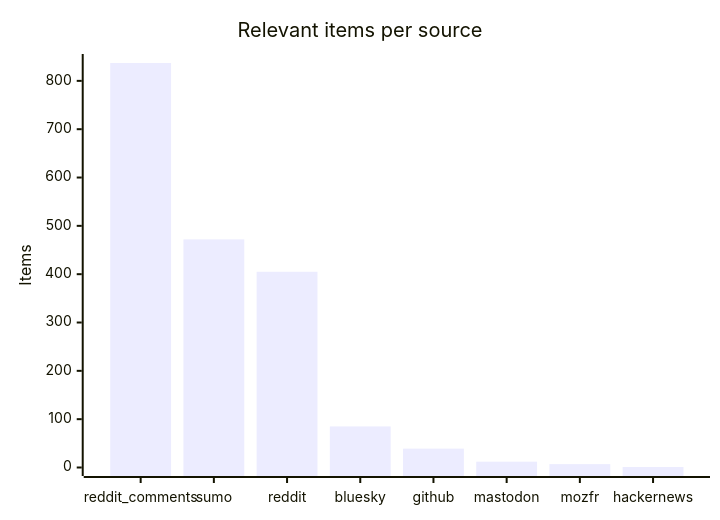
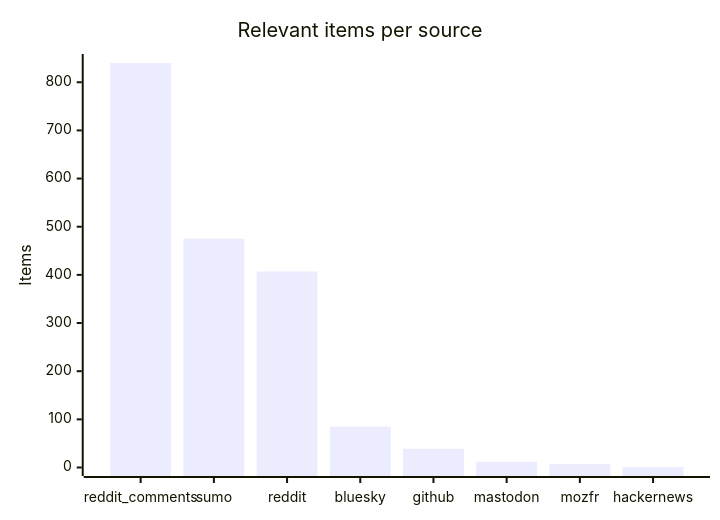
The third of 4 diagrams in README.md (martinbalfanz/social-scanner-reports), drawn with Mermaid before and after one commit. The commit also changed other lines of this file and 4 other files, not shown here.

````diff
--- a/README.md
+++ b/README.md
@@ -48,7 +48,7 @@
 ```mermaid
 xychart-beta
     title "Relevant items per source"
     x-axis ["reddit_comments", "sumo", "reddit", "bluesky", "github", "mastodon", "mozfr", "hackernews"]
-    y-axis "Items" 0 --> 838
-    bar [837, 472, 405, 85, 39, 12, 7, 1]
+    y-axis "Items" 0 --> 841
+    bar [840, 475, 407, 85, 39, 12, 7, 1]
 ```
````
